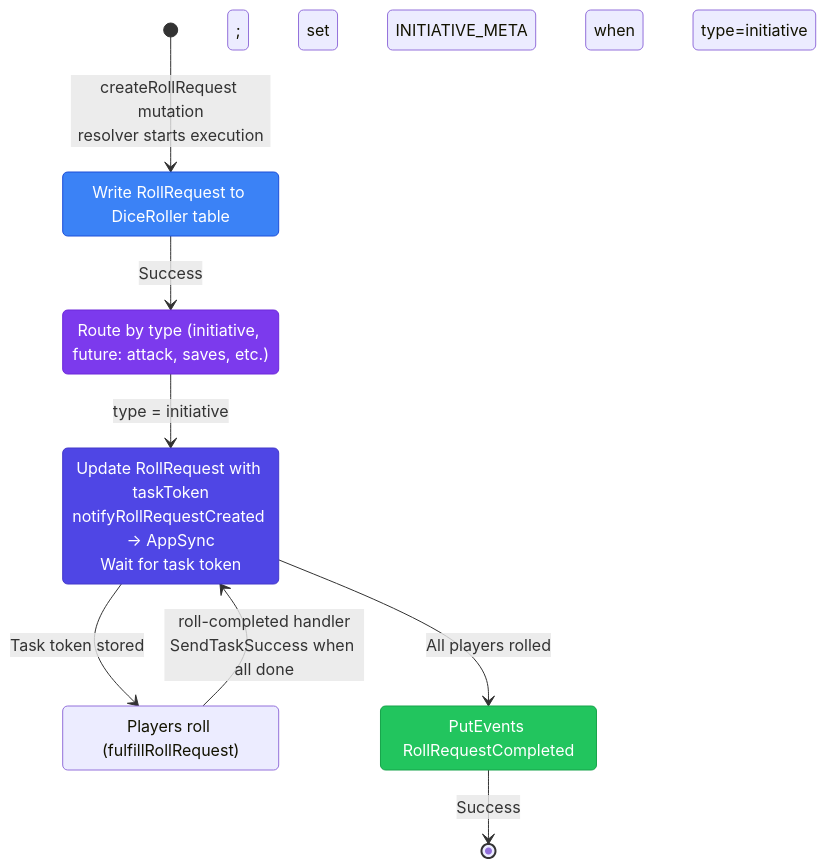
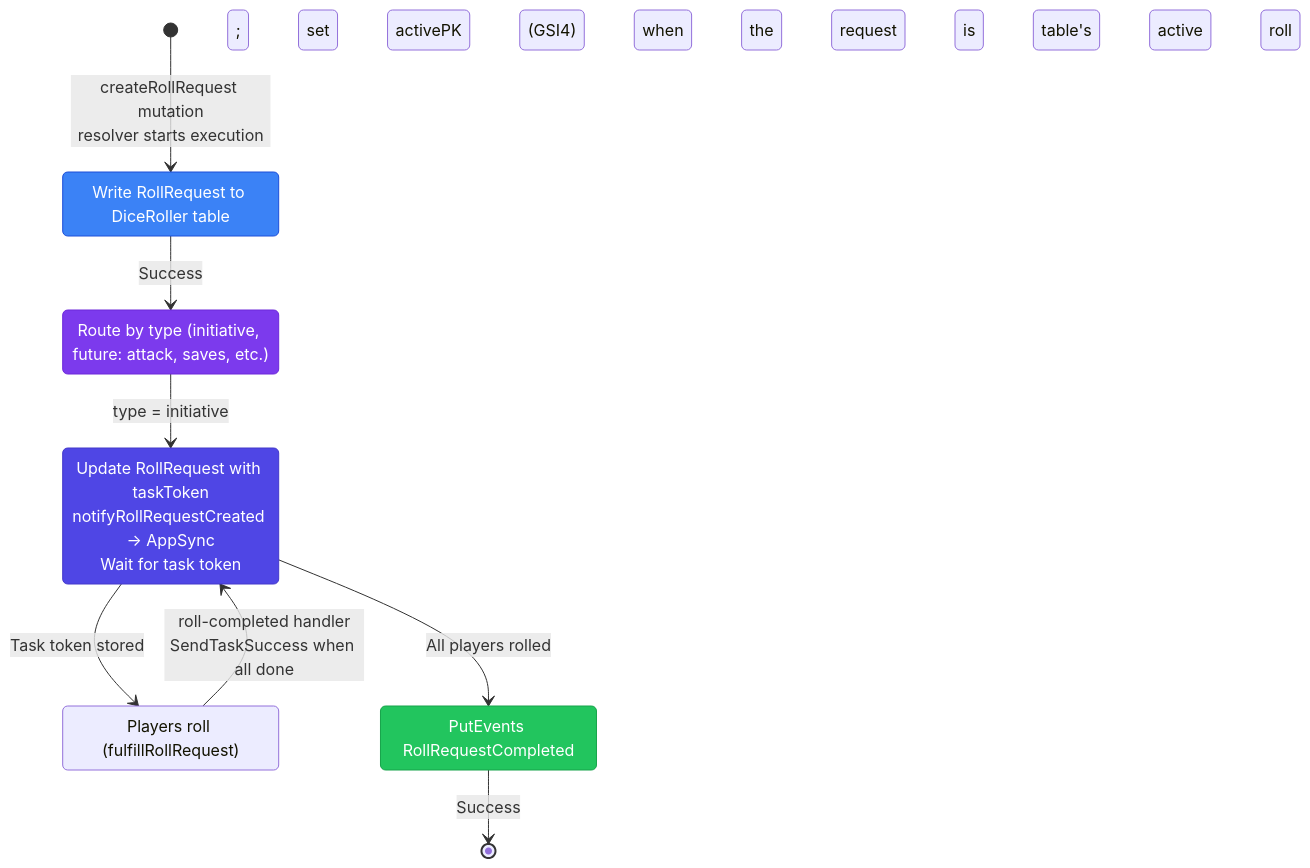
Before and after one commit to Puzzlebottom/puzzlebottom-tabletop-tools: the second of 2 diagrams in docs/architecture.md, drawn with Mermaid. The commit also changed other lines of this file and 6 other files, not shown here.

First line of the commit message:
refactor(dice-roller): migrate event handlers to store

````diff
--- a/docs/architecture.md
+++ b/docs/architecture.md
@@ -149,28 +149,28 @@
 ```mermaid
 stateDiagram-v2
     [*] --> PersistRollRequest: createRollRequest mutation<br/>resolver starts execution
 
-    PersistRollRequest: Write RollRequest to DiceRoller table; set INITIATIVE_META when type=initiative
+    PersistRollRequest: Write RollRequest to DiceRoller table; set activePK (GSI4) when the request is the table's active roll request
 
     PersistRollRequest --> ChoiceByType: Success
 
     ChoiceByType: Route by type (initiative, future: attack, saves, etc.)
 
     ChoiceByType --> InitiativeCreateHandler: type = initiative
 
     InitiativeCreateHandler: Update RollRequest with taskToken<br/>notifyRollRequestCreated → AppSync<br/>Wait for task token
 
     state "Players roll (fulfillRollRequest)" as Players
     InitiativeCreateHandler --> Players: Task token stored
     Players --> InitiativeCreateHandler: roll-completed handler<br/>SendTaskSuccess when all done
 
     PublishRollRequestCompleted: PutEvents RollRequestCompleted
 
     InitiativeCreateHandler --> PublishRollRequestCompleted: All players rolled
     PublishRollRequestCompleted --> [*]: Success
 
     style PersistRollRequest fill:#3b82f6,stroke:#1d4ed8,color:#fff
     style ChoiceByType fill:#7c3aed,stroke:#6d28d9,color:#fff
     style InitiativeCreateHandler fill:#4f46e5,stroke:#4338ca,color:#fff
     style PublishRollRequestCompleted fill:#22c55e,stroke:#16a34a,color:#fff
 ```
````
